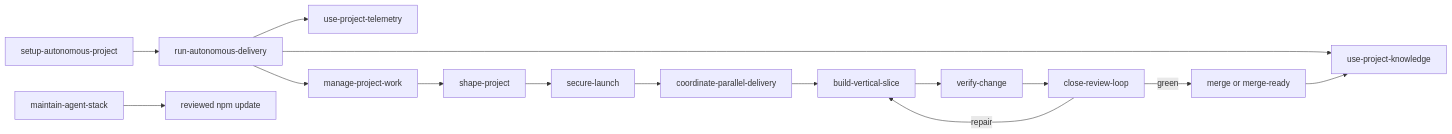
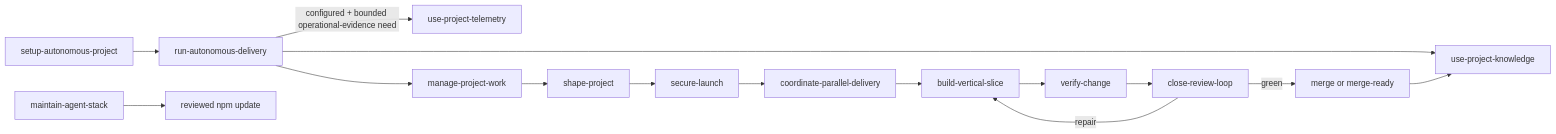
The diagram in docs/SKILL_STACK.md (samtay32/ultimate-agent-stack), drawn with Mermaid before and after one commit. The commit also changed 10 other files, not shown here.

````diff
--- a/docs/SKILL_STACK.md
+++ b/docs/SKILL_STACK.md
@@ -26,17 +26,17 @@
 ```mermaid
 flowchart LR
     SET["setup-autonomous-project"] --> RUN["run-autonomous-delivery"]
     RUN --> KNOW["use-project-knowledge"]
-    RUN --> TELEMETRY["use-project-telemetry"]
+    RUN -->|"configured + bounded operational-evidence need"| TELEMETRY["use-project-telemetry"]
     RUN --> WORK["manage-project-work"]
     WORK --> SHAPE["shape-project"]
     SHAPE --> SECURE["secure-launch"]
     SECURE --> COORD["coordinate-parallel-delivery"]
     COORD --> BUILD["build-vertical-slice"]
     BUILD --> VERIFY["verify-change"]
     VERIFY --> CLOSE["close-review-loop"]
     CLOSE -->|repair| BUILD
     CLOSE -->|green| DONE["merge or merge-ready"]
     DONE --> KNOW
     MAINTAIN["maintain-agent-stack"] --> PACKAGE["reviewed npm update"]
 ```
````
